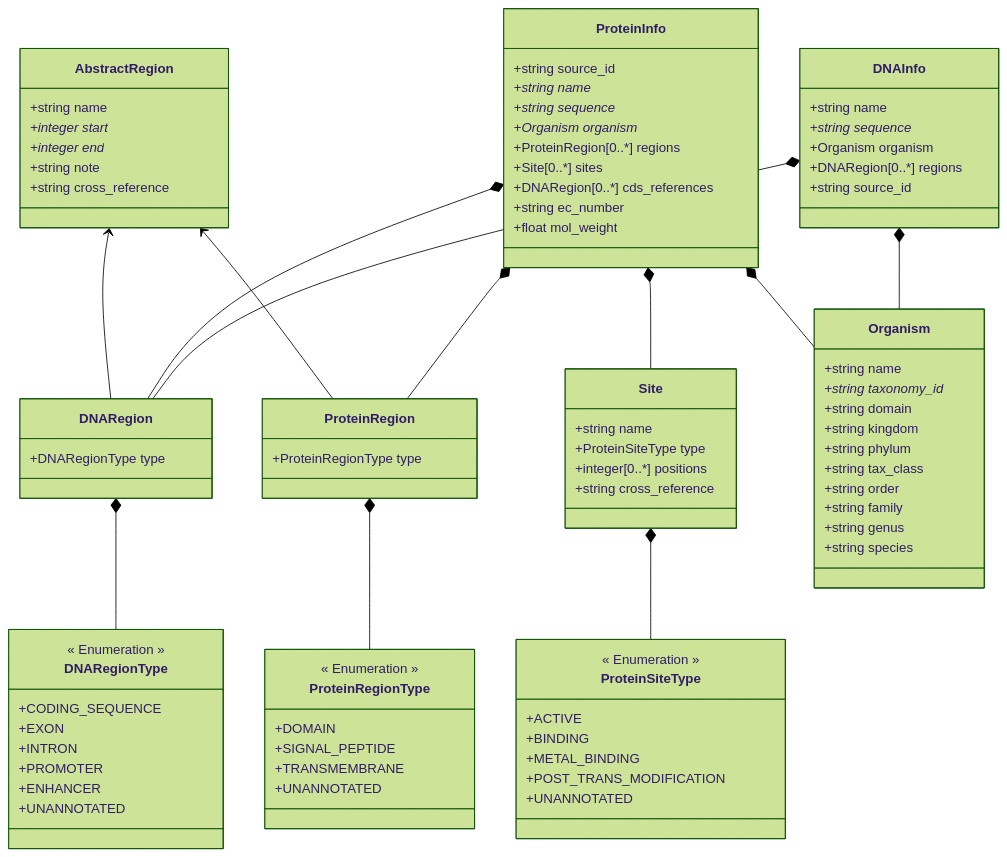
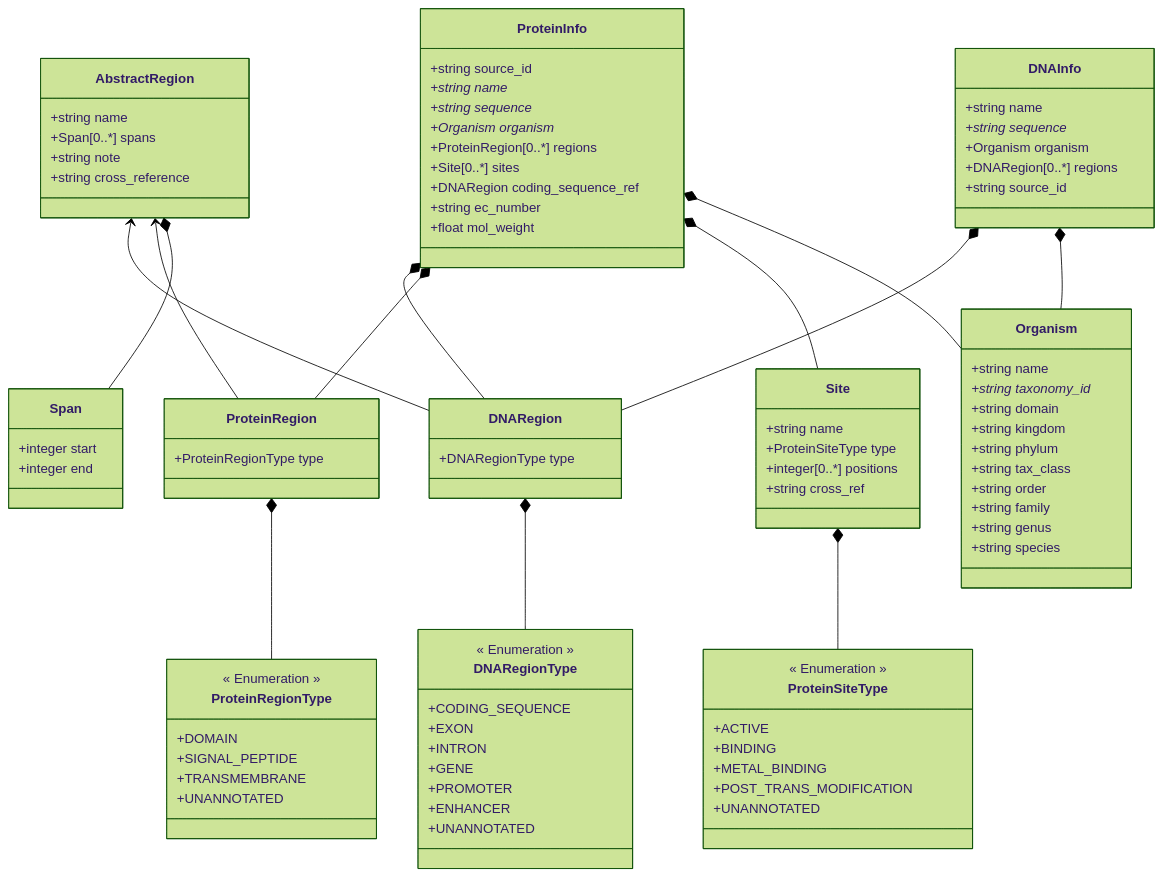
One commit to PyEED/pyeed changed the diagram in pyEED/schemes/pyeed_schema.md. Above: the diagram before and after it, drawn with Mermaid (forest theme). The commit also changed 8 other files, not shown here.

```diff
--- a/pyEED/schemes/pyeed_schema.md
+++ b/pyEED/schemes/pyeed_schema.md
@@ -8,6 +8,7 @@
     ProteinInfo *-- Organism
     DNAInfo *-- DNARegion
     DNAInfo *-- Organism
+    AbstractRegion *-- Span
     DNARegion *-- DNARegionType
     ProteinRegion *-- ProteinRegionType
     Site *-- ProteinSiteType
@@ -19,7 +20,7 @@
         +Organism organism*
         +ProteinRegion[0..*] regions
         +Site[0..*] sites
-        +DNARegion[0..*] cds_references
+        +DNARegion coding_sequence_ref
         +string ec_number
         +float mol_weight
     }
@@ -34,8 +35,7 @@
     
     class AbstractRegion {
         +string name
-        +integer start*
-        +integer end*
+        +Span[0..*] spans
         +string note
         +string cross_reference
     }
@@ -48,11 +48,16 @@
         +ProteinRegionType type
     }
     
+    class Span {
+        +integer start
+        +integer end
+    }
+    
     class Site {
         +string name
         +ProteinSiteType type
         +integer[0..*] positions
-        +string cross_reference
+        +string cross_ref
     }
     
     class Organism {
@@ -82,6 +87,7 @@
         +CODING_SEQUENCE
         +EXON
         +INTRON
+        +GENE
         +PROMOTER
         +ENHANCER
         +UNANNOTATED
```
